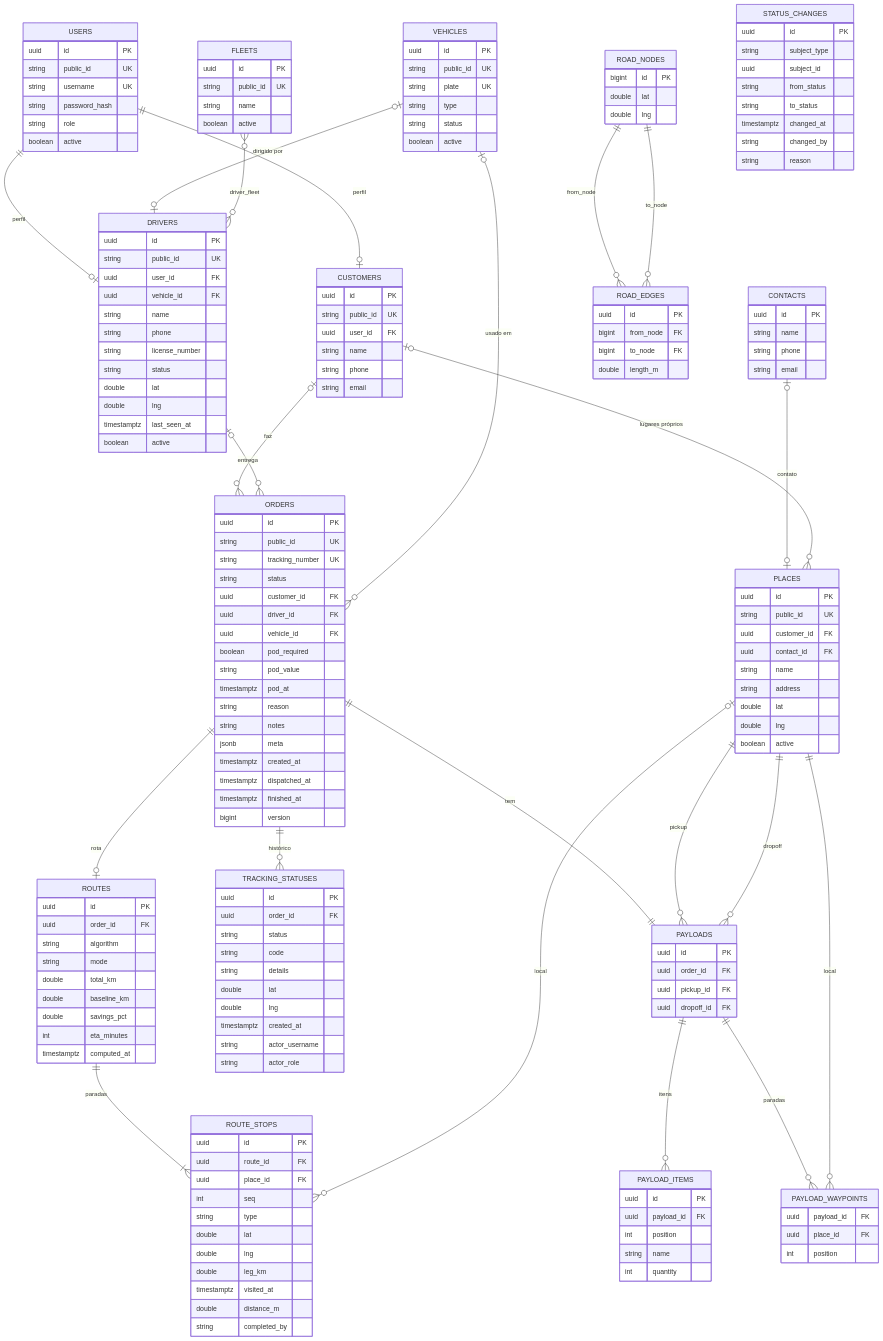
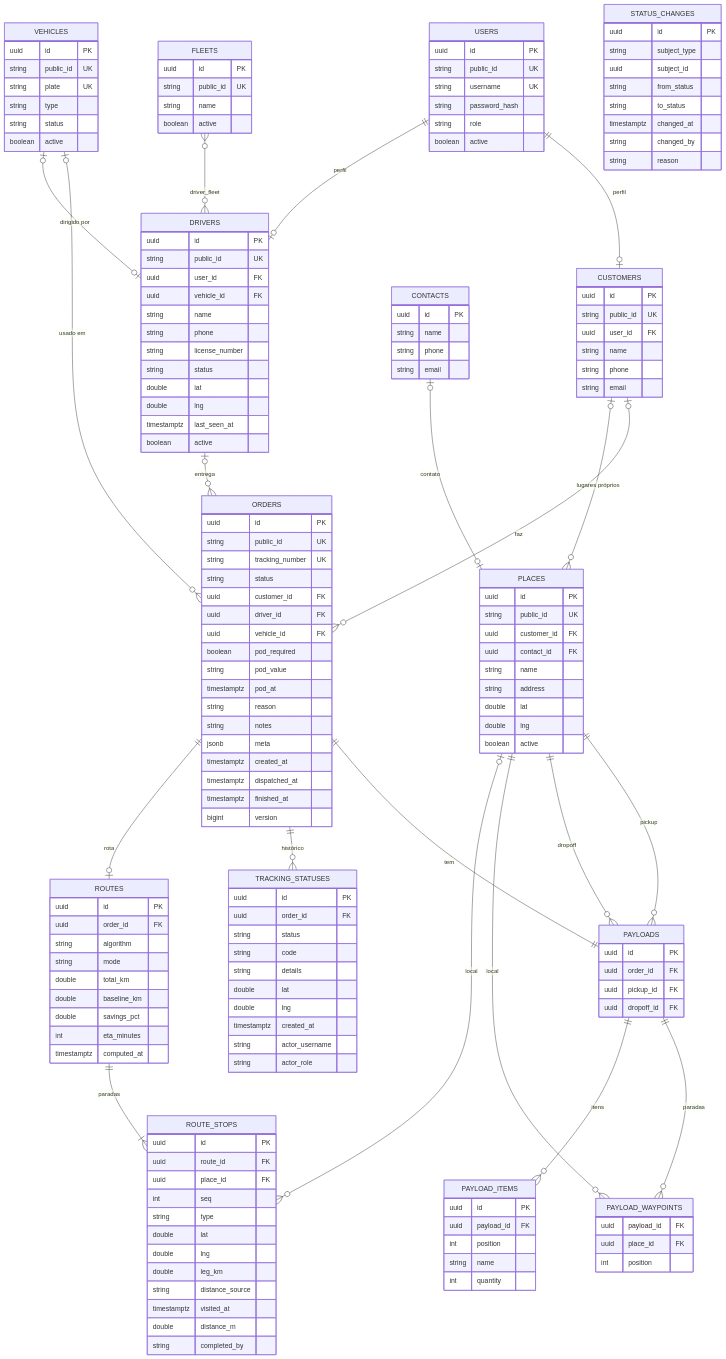
The diagram in docs/domain.md (Edryck/kj-fleets), drawn with Mermaid before and after one commit. The commit also changed other lines of this file and 10 other files, not shown here.

First line of the commit message:
docs(routing): documenta o modo road com GraphHopper

````diff
--- a/docs/domain.md
+++ b/docs/domain.md
@@ -26,8 +26,6 @@
     ORDERS ||--o| ROUTES : "rota"
     ROUTES ||--|{ ROUTE_STOPS : "paradas"
     PLACES |o--o{ ROUTE_STOPS : "local"
-    ROAD_NODES ||--o{ ROAD_EDGES : "from_node"
-    ROAD_NODES ||--o{ ROAD_EDGES : "to_node"
     CUSTOMERS |o--o{ PLACES : "lugares próprios"
 
     USERS {
@@ -170,19 +168,9 @@
         double lat
         double lng
         double leg_km
+        string distance_source
         timestamptz visited_at
         double distance_m
         string completed_by
     }
-    ROAD_NODES {
-        bigint id PK
-        double lat
-        double lng
-    }
-    ROAD_EDGES {
-        uuid id PK
-        bigint from_node FK
-        bigint to_node FK
-        double length_m
-    }
 ```
````
